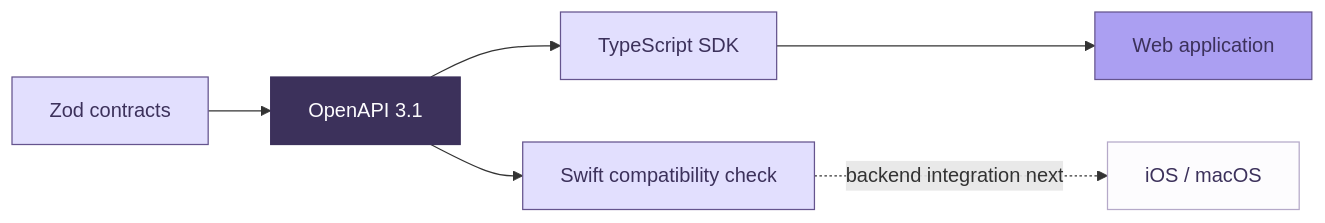
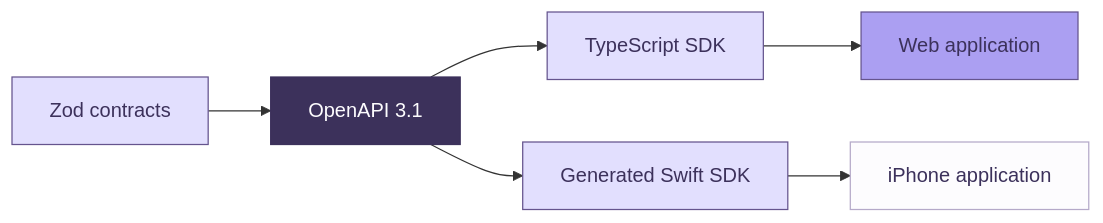
The second of 2 diagrams in README.md (Hqzdev/ielts-prep), drawn with Mermaid before and after one commit. The commit also changed other lines of this file and 71 other files, not shown here.

First line of the commit message:
feat(ios): connect learning flows to backend and GigaChat

````diff
--- a/README.md
+++ b/README.md
@@ -197,14 +197,14 @@
 ```mermaid
 flowchart LR
     C[Zod contracts] --> O[OpenAPI 3.1]
     O --> T[TypeScript SDK]
-    O --> S[Swift compatibility check]
+    O --> S[Generated Swift SDK]
     T --> W[Web application]
-    S -. backend integration next .-> N[iOS / macOS]
+    S --> N[iPhone application]
     style C fill:#e2dffe,stroke:#65548e,color:#3c315b
     style O fill:#3c315b,stroke:#3c315b,color:#fdfcfe
     style T fill:#e2dffe,stroke:#65548e,color:#3c315b
     style S fill:#e2dffe,stroke:#65548e,color:#3c315b
     style W fill:#ab9ff2,stroke:#65548e,color:#3c315b
     style N fill:#fdfcfe,stroke:#b5a9c9,color:#3c315b
 ```
````
